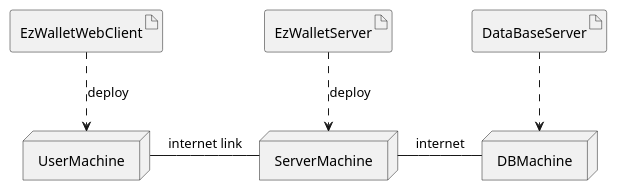
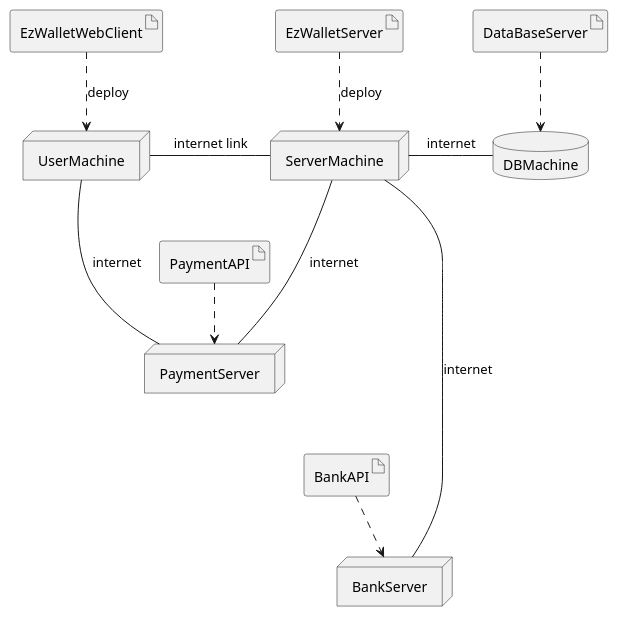
The fifth of 5 diagrams in RequirementsDocumentV2.md (lara-m2000/ezwallet), drawn with PlantUML before and after one commit. The commit also changed other lines of this file, not shown here.

Commit message:
docs: deployment diagram

````diff
--- a/RequirementsDocumentV2.md
+++ b/RequirementsDocumentV2.md
@@ -641,29 +640,49 @@
 ```plantuml
 @startuml
 
 
 artifact EzWalletServer
 node ServerMachine
 
 EzWalletServer ..> ServerMachine : deploy
 
 
 artifact DataBaseServer
-node DBMachine
+database DBMachine
 
 DataBaseServer ..> DBMachine
 
 
 
 ServerMachine - DBMachine : internet
 
 artifact EzWalletWebClient
 node UserMachine
 
 EzWalletWebClient ..> UserMachine : deploy
 
 UserMachine - ServerMachine : internet link
 
 
+artifact BankAPI
+node BankServer
+
+BankAPI ..> BankServer
+
+artifact PaymentAPI
+node PaymentServer
+
+PaymentAPI ..> PaymentServer
+
+
+
+UserMachine --- PaymentServer : internet
+ServerMachine --- PaymentServer : internet
+
+ServerMachine ----- BankServer  : internet 
+
+
+
+
 @enduml
 ```
````
